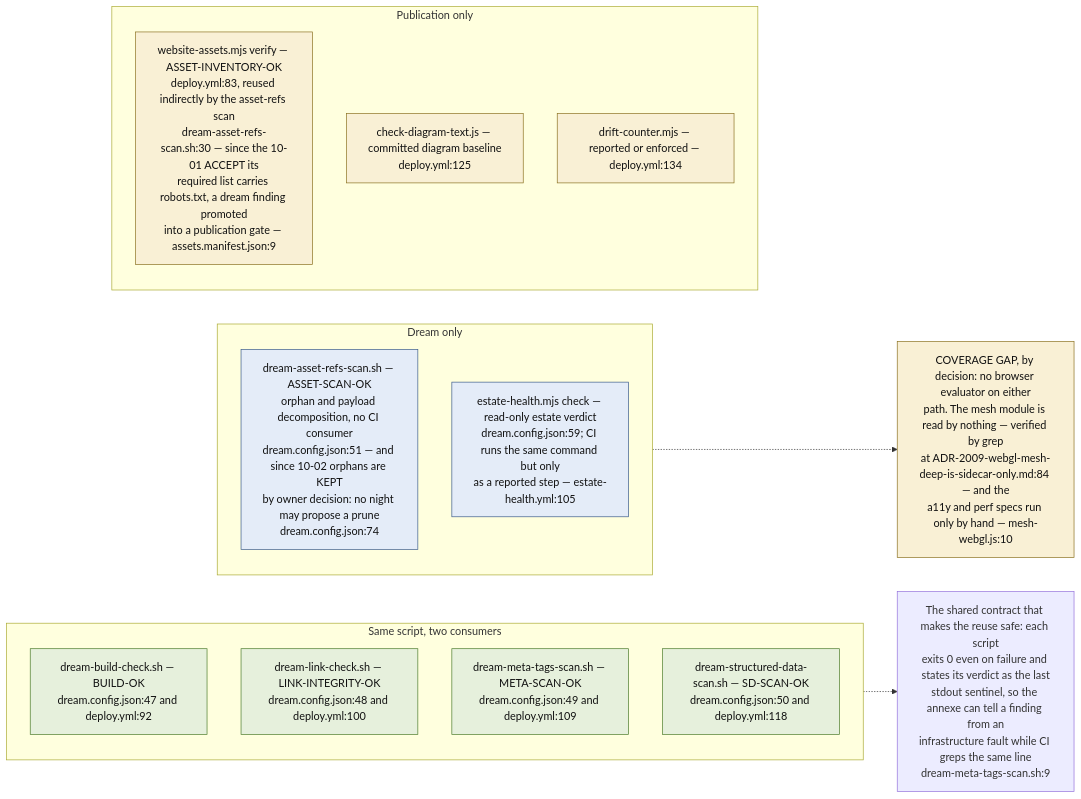
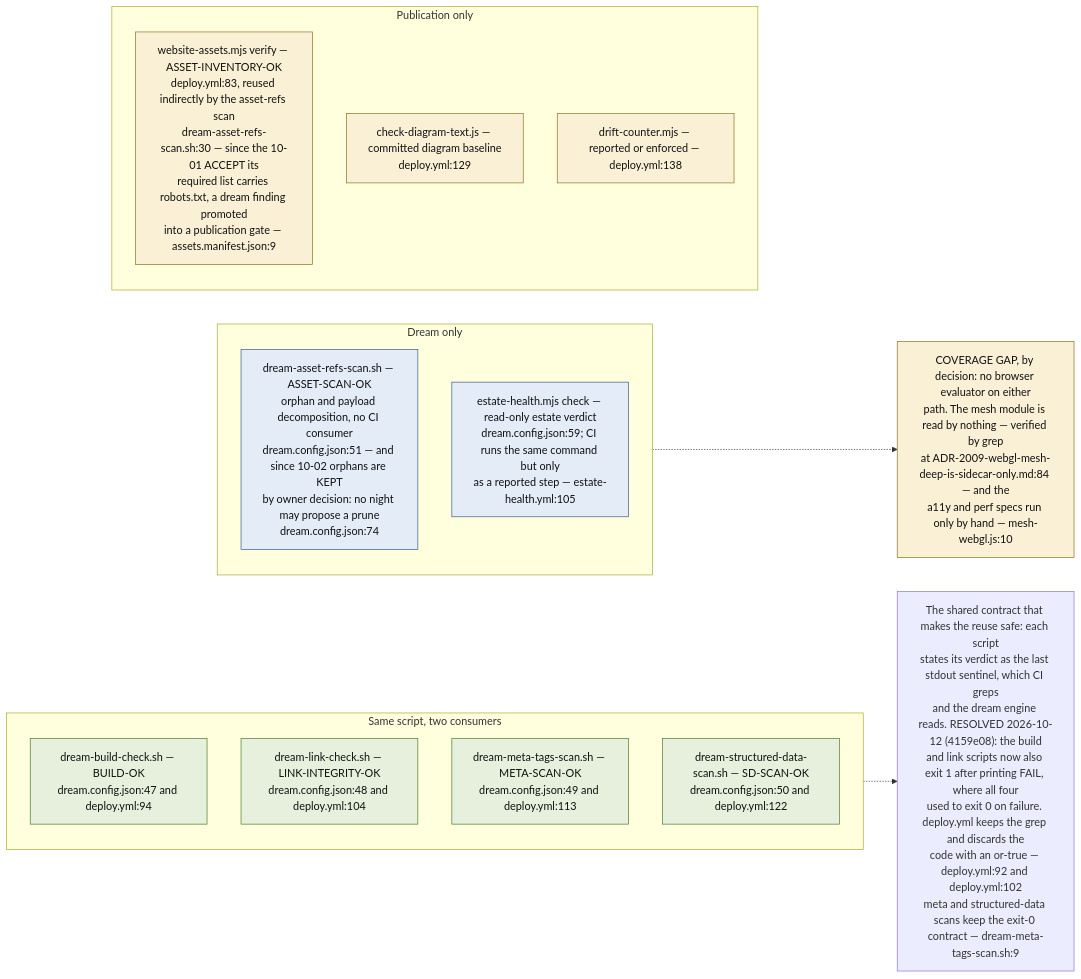
The ninth of 9 diagrams in docs/diagrams/visionflow/04-dream-cycle-integration.md (DreamLab-AI/VisionFlow), drawn with Mermaid before and after one commit. The commit also changed other lines of this file and 20 other files, not shown here.

Commit message:
docs(diagrams): reflect the S-3, S-7c/d/f and S-4(3) fixes in the corpus

````diff
--- a/docs/diagrams/visionflow/04-dream-cycle-integration.md
+++ b/docs/diagrams/visionflow/04-dream-cycle-integration.md
@@ -288,30 +291,30 @@
 ```mermaid
 flowchart LR
     classDef sh fill:#e6f0dc,stroke:#4a7a2a,color:#111
     classDef only fill:#e4ecf8,stroke:#3a5a8a,color:#111
     classDef gap fill:#f9f0d5,stroke:#8a7020,color:#111
 
     subgraph SHARED["Same script, two consumers"]
-        S1["dream-build-check.sh — BUILD-OK<br/>dream.config.json:47 and deploy.yml:92"]:::sh
-        S2["dream-link-check.sh — LINK-INTEGRITY-OK<br/>dream.config.json:48 and deploy.yml:100"]:::sh
-        S3["dream-meta-tags-scan.sh — META-SCAN-OK<br/>dream.config.json:49 and deploy.yml:109"]:::sh
-        S4["dream-structured-data-scan.sh — SD-SCAN-OK<br/>dream.config.json:50 and deploy.yml:118"]:::sh
+        S1["dream-build-check.sh — BUILD-OK<br/>dream.config.json:47 and deploy.yml:94"]:::sh
+        S2["dream-link-check.sh — LINK-INTEGRITY-OK<br/>dream.config.json:48 and deploy.yml:104"]:::sh
+        S3["dream-meta-tags-scan.sh — META-SCAN-OK<br/>dream.config.json:49 and deploy.yml:113"]:::sh
+        S4["dream-structured-data-scan.sh — SD-SCAN-OK<br/>dream.config.json:50 and deploy.yml:122"]:::sh
     end
 
     subgraph DREAMONLY["Dream only"]
         D1["dream-asset-refs-scan.sh — ASSET-SCAN-OK<br/>orphan and payload decomposition, no CI consumer<br/>dream.config.json:51 — and since 10-02 orphans are KEPT<br/>by owner decision: no night may propose a prune<br/>dream.config.json:74"]:::only
         D2["estate-health.mjs check — read-only estate verdict<br/>dream.config.json:59; CI runs the same command but only<br/>as a reported step — estate-health.yml:105"]:::only
     end
 
     subgraph CIONLY["Publication only"]
         C1["website-assets.mjs verify — ASSET-INVENTORY-OK<br/>deploy.yml:83, reused indirectly by the asset-refs scan<br/>dream-asset-refs-scan.sh:30 — since the 10-01 ACCEPT its<br/>required list carries robots.txt, a dream finding promoted<br/>into a publication gate — assets.manifest.json:9"]:::gap
-        C2["check-diagram-text.js — committed diagram baseline<br/>deploy.yml:125"]:::gap
-        C3["drift-counter.mjs — reported or enforced — deploy.yml:134"]:::gap
+        C2["check-diagram-text.js — committed diagram baseline<br/>deploy.yml:129"]:::gap
+        C3["drift-counter.mjs — reported or enforced — deploy.yml:138"]:::gap
     end
 
-    SENT["The shared contract that makes the reuse safe: each script<br/>exits 0 even on failure and states its verdict as the last<br/>stdout sentinel, so the annexe can tell a finding from an<br/>infrastructure fault while CI greps the same line<br/>dream-meta-tags-scan.sh:9"]
+    SENT["The shared contract that makes the reuse safe: each script<br/>states its verdict as the last stdout sentinel, which CI greps<br/>and the dream engine reads. RESOLVED 2026-10-12 (4159e08): the build<br/>and link scripts now also exit 1 after printing FAIL, where all four<br/>used to exit 0 on failure. deploy.yml keeps the grep and discards the<br/>code with an or-true — deploy.yml:92 and deploy.yml:102<br/>meta and structured-data scans keep the exit-0 contract — dream-meta-tags-scan.sh:9"]
     SHARED -.-> SENT
 
     NOBROWSER["COVERAGE GAP, by decision: no browser evaluator on either<br/>path. The mesh module is read by nothing — verified by grep<br/>at ADR-2009-webgl-mesh-deep-is-sidecar-only.md:84 — and the<br/>a11y and perf specs run only by hand — mesh-webgl.js:10"]:::gap
     DREAMONLY -.-> NOBROWSER
 ```
````
